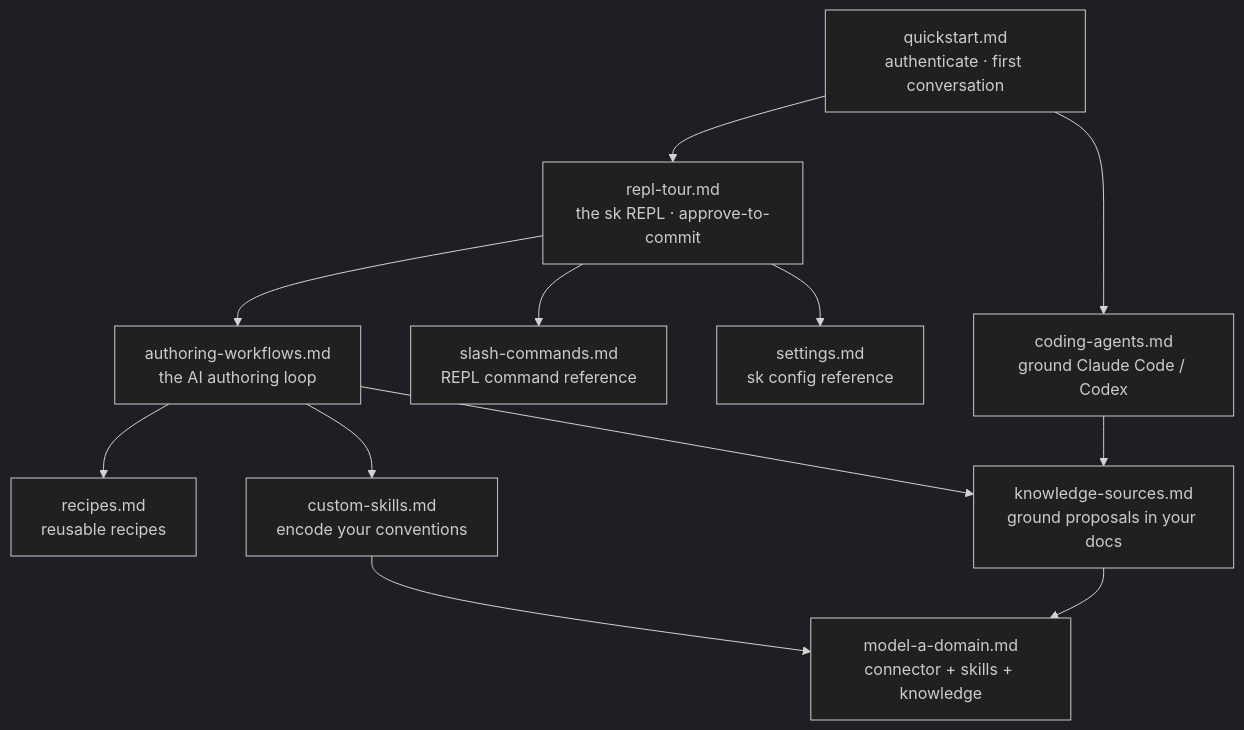
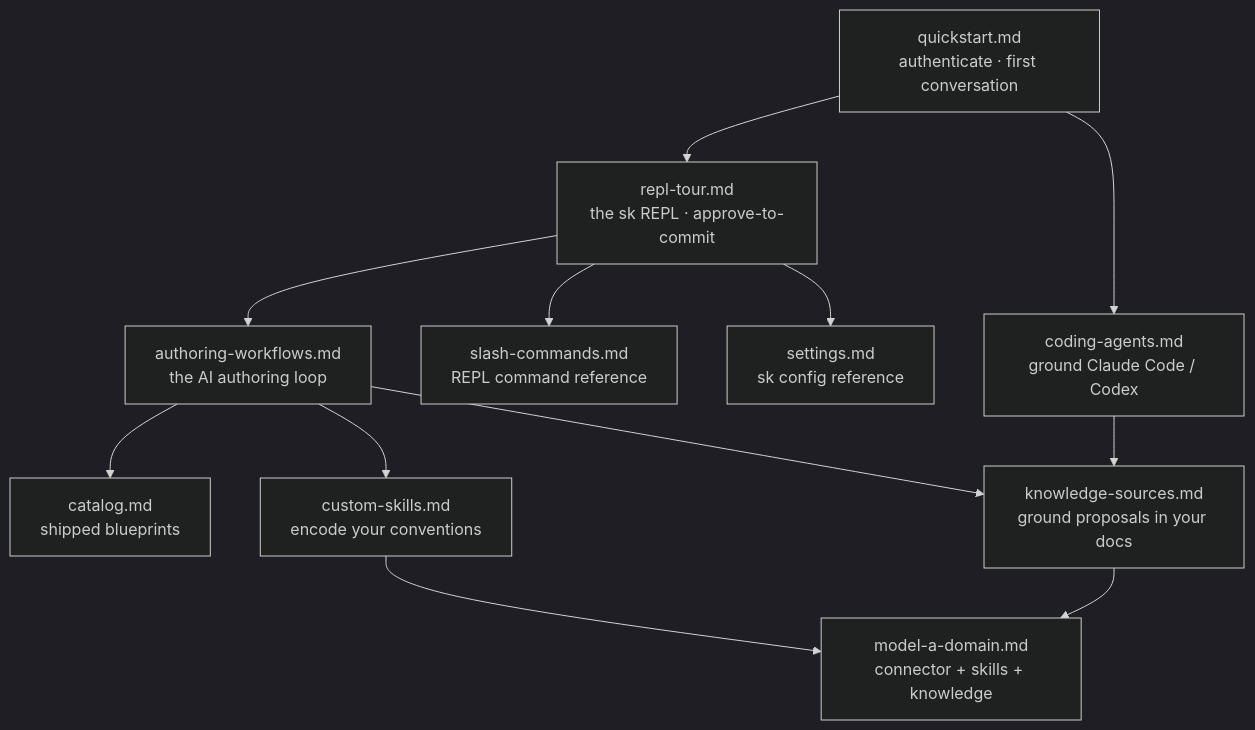
One commit to MikeBild/subkit changed the diagram in docs/authors/README.md. Above: the diagram before and after it, drawn with Mermaid (dark theme). The commit also changed other lines of this file and 20 other files, not shown here.

````diff
--- a/docs/authors/README.md
+++ b/docs/authors/README.md
@@ -9,14 +9,14 @@
 ```mermaid
 flowchart TD
     Q[quickstart.md<br/>authenticate · first conversation] --> R[repl-tour.md<br/>the sk REPL · approve-to-commit]
     Q --> CC[coding-agents.md<br/>ground Claude Code / Codex]
     R --> A[authoring-workflows.md<br/>the AI authoring loop]
-    A --> RC[recipes.md<br/>reusable recipes]
+    A --> RC[catalog.md<br/>shipped blueprints]
     A --> CS[custom-skills.md<br/>encode your conventions]
     A --> KS[knowledge-sources.md<br/>ground proposals in your docs]
     CC --> KS
     CS --> MD[model-a-domain.md<br/>connector + skills + knowledge]
     KS --> MD
     R --> SL[slash-commands.md<br/>REPL command reference]
     R --> SE[settings.md<br/>sk config reference]
 ```
````
